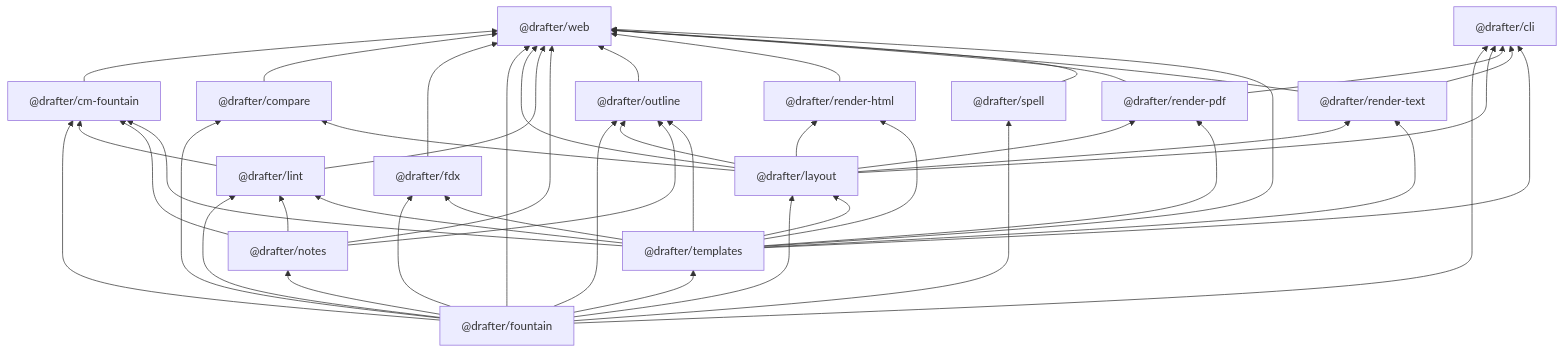
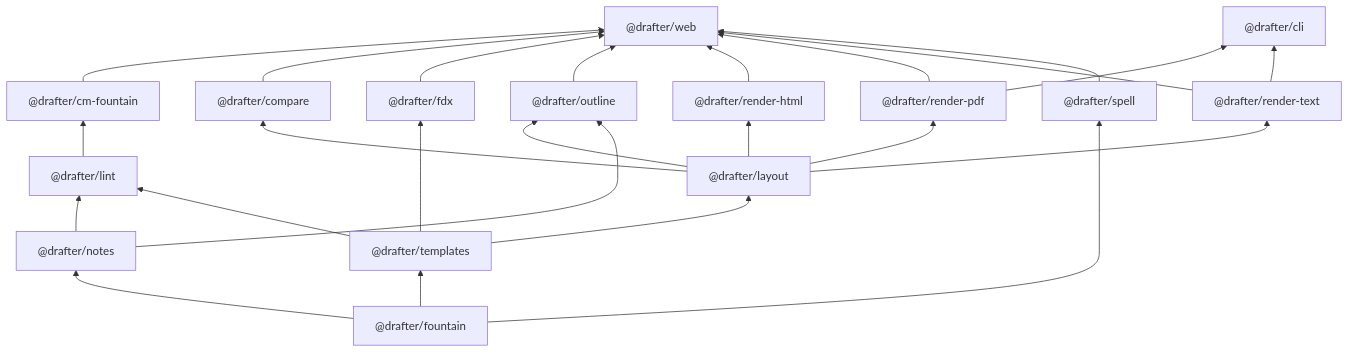
Before and after one commit to cschweda/drafter: the first of 5 diagrams in docs/technical-details.md, drawn with Mermaid. The commit also changed other lines of this file and 9 other files, not shown here.

First line of the commit message:
fix(web): the package diagram draws direct uses, storage is a fan, and the Technical details wording

````diff
--- a/docs/technical-details.md
+++ b/docs/technical-details.md
@@ -36,62 +36,42 @@
 ```mermaid
 flowchart BT
   web["@drafter/web"]
   cli["@drafter/cli"]
   cm_fountain["@drafter/cm-fountain"]
   outline["@drafter/outline"]
   compare["@drafter/compare"]
   render_pdf["@drafter/render-pdf"]
   render_html["@drafter/render-html"]
   render_text["@drafter/render-text"]
   layout["@drafter/layout"]
   lint["@drafter/lint"]
   fdx["@drafter/fdx"]
   templates["@drafter/templates"]
   notes["@drafter/notes"]
   spell["@drafter/spell"]
   fountain["@drafter/fountain"]
   cm_fountain --> web
   compare --> web
   fdx --> web
-  fountain --> web
-  layout --> web
-  lint --> web
-  notes --> web
   outline --> web
   render_html --> web
   render_pdf --> web
   render_text --> web
   spell --> web
-  templates --> web
-  fountain --> cli
-  layout --> cli
   render_pdf --> cli
   render_text --> cli
-  templates --> cli
-  fountain --> cm_fountain
   lint --> cm_fountain
-  notes --> cm_fountain
-  templates --> cm_fountain
-  fountain --> outline
   layout --> outline
   notes --> outline
-  templates --> outline
-  fountain --> compare
   layout --> compare
   layout --> render_pdf
-  templates --> render_pdf
   layout --> render_html
-  templates --> render_html
   layout --> render_text
-  templates --> render_text
-  fountain --> layout
   templates --> layout
-  fountain --> lint
   notes --> lint
   templates --> lint
-  fountain --> fdx
   templates --> fdx
   fountain --> templates
   fountain --> notes
   fountain --> spell
 ```
````
